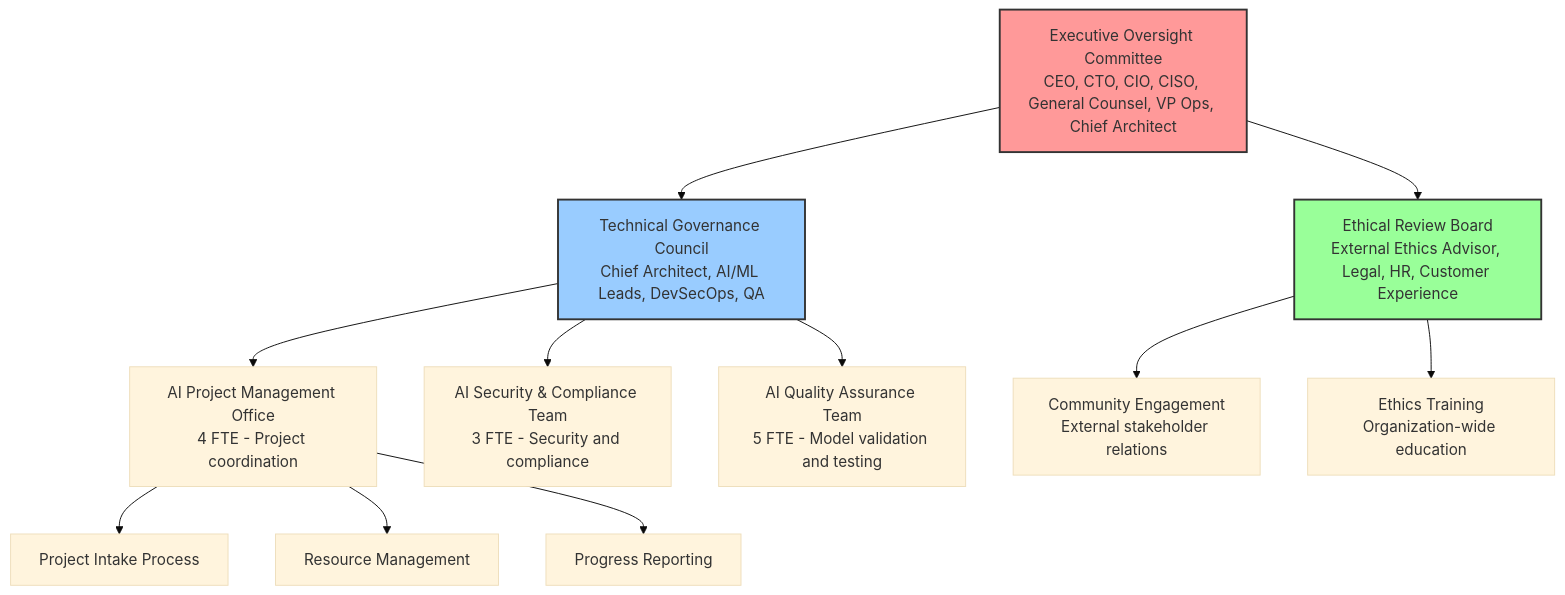
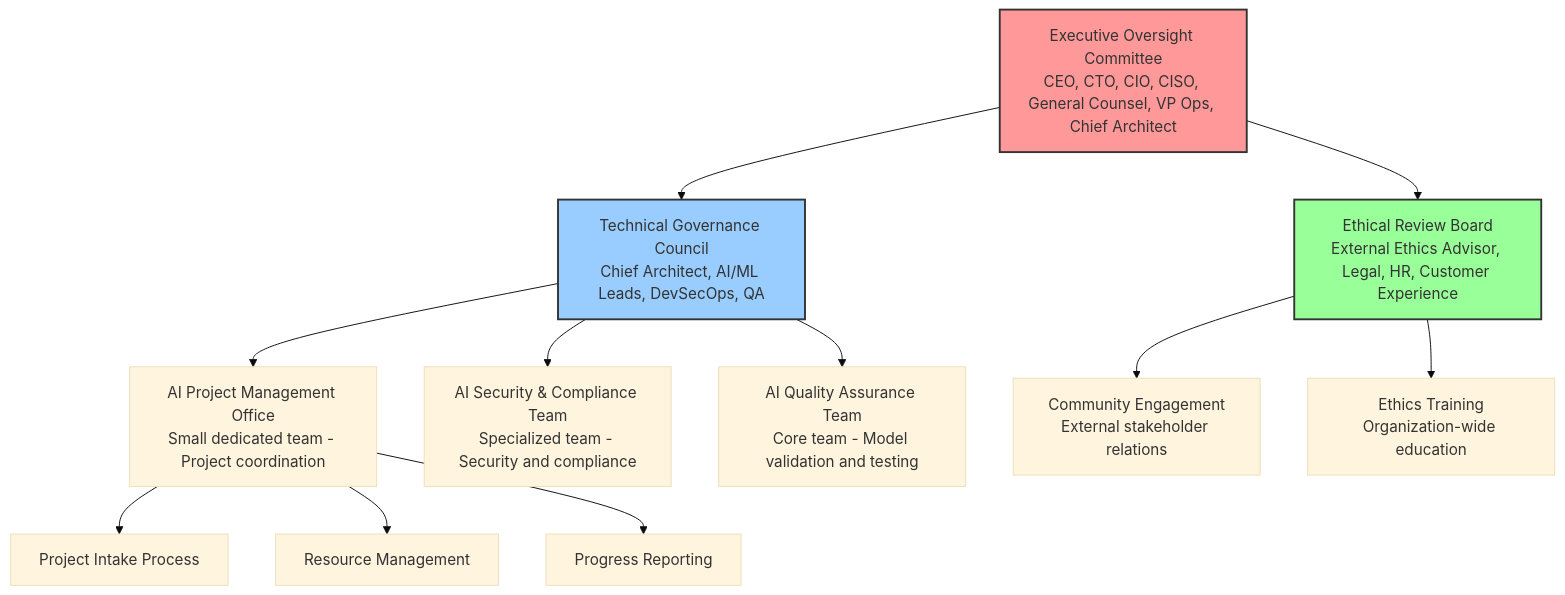
Before and after one commit to HiddeBV/iasa-ai-course: the second of 3 diagrams in final assignment/final-assignment-solution.md, drawn with Mermaid (base theme). The commit also changed other lines of this file and 1 other file, not shown here.

Commit message:
feat: Add AI strategy presentation for Tinkleman Coffee, including comprehensive slides on project portfolio, governance, compliance, and implementation roadmap

````diff
--- a/final assignment/final-assignment-solution.md
+++ b/final assignment/final-assignment-solution.md
@@ -320,20 +324,20 @@
 ```mermaid
 graph TB
     A[Executive Oversight Committee<br/>CEO, CTO, CIO, CISO, General Counsel, VP Ops, Chief Architect] --> B[Technical Governance Council<br/>Chief Architect, AI/ML Leads, DevSecOps, QA]
     A --> C[Ethical Review Board<br/>External Ethics Advisor, Legal, HR, Customer Experience]
     
-    B --> D[AI Project Management Office<br/>4 FTE - Project coordination]
-    B --> E[AI Security & Compliance Team<br/>3 FTE - Security and compliance]
-    B --> F[AI Quality Assurance Team<br/>5 FTE - Model validation and testing]
+    B --> D[AI Project Management Office<br/>Small dedicated team - Project coordination]
+    B --> E[AI Security & Compliance Team<br/>Specialized team - Security and compliance]
+    B --> F[AI Quality Assurance Team<br/>Core team - Model validation and testing]
     
     C --> G[Community Engagement<br/>External stakeholder relations]
     C --> H[Ethics Training<br/>Organization-wide education]
     
     D --> I[Project Intake Process]
     D --> J[Resource Management]
     D --> K[Progress Reporting]
     
     style A fill:#ff9999,stroke:#333,stroke-width:2px
     style B fill:#99ccff,stroke:#333,stroke-width:2px
     style C fill:#99ff99,stroke:#333,stroke-width:2px
 ```
````
